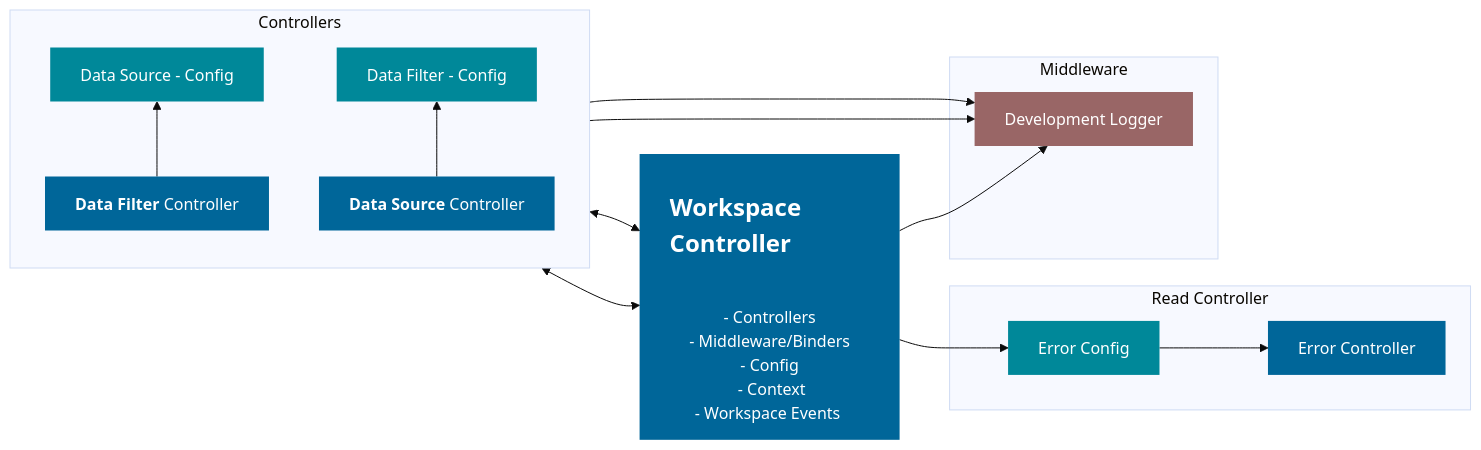
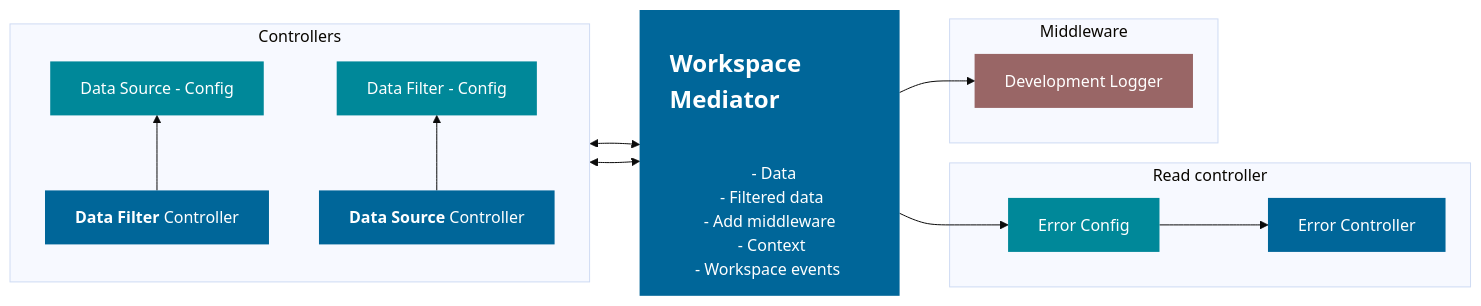
Before and after one commit to equinor/fusion-workspace: the diagram in packages/workspace-core/README.md, drawn with Mermaid (base theme). The commit also changed other lines of this file and 1 other file, not shown here.

Commit message:
Project and Workspace core Readme update

````diff
--- a/packages/workspace-core/README.md
+++ b/packages/workspace-core/README.md
@@ -142,41 +45,37 @@
 ```mermaid
-flowchart LR
+graph LR
     classDef default fill:#0000,stroke:#333,stroke-width:4px,stroke-dasharray: 5 5,text-align:center,color:#fff;
-    classDef controller fill:#006699,stroke:none,text-align:left;
+    classDef mediator fill:#006699,stroke:none,text-align:left;
     classDef config fill:#008899,stroke:none
     classDef middleware fill:#996666,stroke:none
 
-    wc[<h2>Workspace Controller</h2><span><br> - Controllers <br> - Middleware/Binders <br> - Config <br> - Context<br>- Workspace Events </span>]:::controller
-    wsDataSource[<b>Data Source</b> Controller]:::controller
-    wsFilter[<b>Data Filter</b> Controller]:::controller
+    wc[<h2>Workspace Mediator</h2><span><br>  - Data<br> - Filtered data<br> - Add middleware <br> - Context<br>- Workspace events </span>]:::mediator
+    wsDataSource[<b>Data Source</b> Controller]:::mediator
+    wsFilter[<b>Data Filter</b> Controller]:::mediator
 
     wsFilterConfig[Data Source - Config]:::config
     wsDataSourceConfig[Data Filter - Config]:::config
 
-    subgraph Read Controller
+    subgraph Read controller
         wcErrorConfig[Error Config]:::config
-        wcError[Error Controller]:::controller
+        wcError[Error Controller]:::mediator
     end
 
     subgraph Middleware
         wcLoggerMiddleware[Development Logger]:::middleware
     end
 
     wc --> wcLoggerMiddleware
-    wsDataSource --> wcLoggerMiddleware
-    wsFilter --> wcLoggerMiddleware
-
-
     wc --> wcErrorConfig --> wcError
 
 
     subgraph Controllers
         direction BT
         wsFilter --> wsFilterConfig
         wsDataSource --> wsDataSourceConfig
     end
 
     wsDataSourceConfig <--> wc
     wsFilterConfig <--> wc
 
 ```
````
